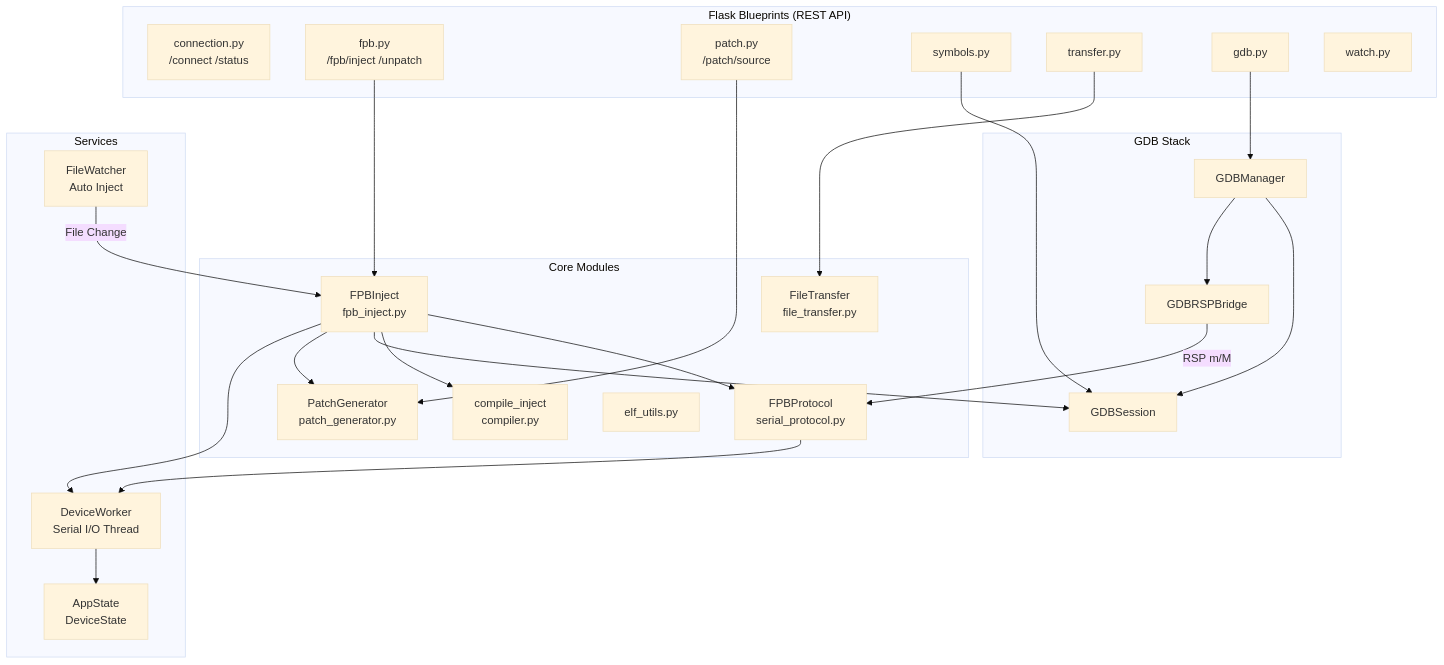
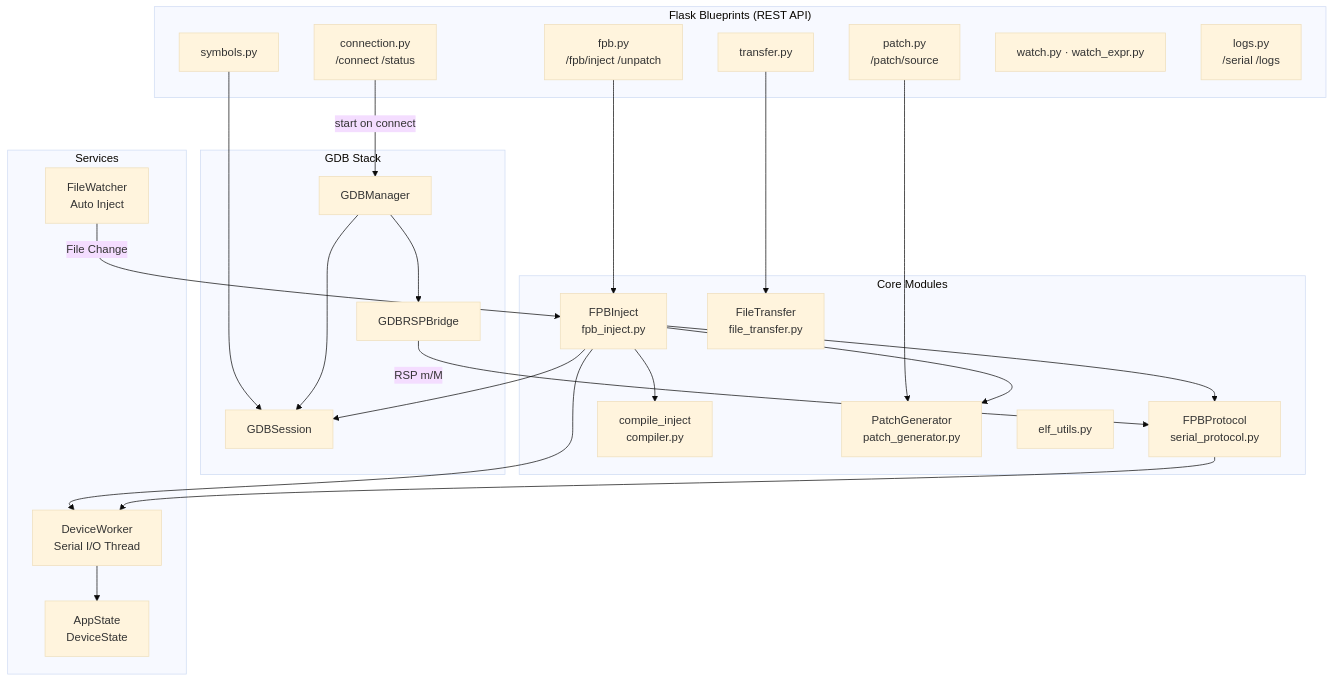
One commit to FASTSHIFT/FPBInject changed the second of 9 diagrams in Docs/Architecture.md. Above: the diagram before and after it, drawn with Mermaid (base theme). The commit also changed other lines of this file and 5 other files, not shown here.

````diff
--- a/Docs/Architecture.md
+++ b/Docs/Architecture.md
@@ -43,52 +43,52 @@
 ```mermaid
 graph TB
     subgraph Routes["Flask Blueprints (REST API)"]
         R_CONN["connection.py<br/>/connect /status"]
         R_FPB["fpb.py<br/>/fpb/inject /unpatch"]
         R_PATCH["patch.py<br/>/patch/source"]
         R_SYM["symbols.py"]
         R_TRANS["transfer.py"]
-        R_GDB["gdb.py"]
-        R_WATCH["watch.py"]
+        R_WATCH["watch.py · watch_expr.py"]
+        R_LOGS["logs.py<br/>/serial /logs"]
     end
 
     subgraph Core["Core Modules"]
         FPI["FPBInject<br/>fpb_inject.py"]
         PROTO["FPBProtocol<br/>serial_protocol.py"]
         COMP["compile_inject<br/>compiler.py"]
         PGEN["PatchGenerator<br/>patch_generator.py"]
         ELF["elf_utils.py"]
         FT["FileTransfer<br/>file_transfer.py"]
     end
 
     subgraph GDBStack["GDB Stack"]
         GM["GDBManager"]
         GS["GDBSession"]
         GB["GDBRSPBridge"]
     end
 
     subgraph Services["Services"]
         DW["DeviceWorker<br/>Serial I/O Thread"]
         FW["FileWatcher<br/>Auto Inject"]
         STATE["AppState<br/>DeviceState"]
     end
 
     R_FPB --> FPI
     R_PATCH --> PGEN
     R_SYM --> GS
     R_TRANS --> FT
-    R_GDB --> GM
+    R_CONN -->|"start on connect"| GM
 
     FPI --> PROTO
     FPI --> COMP
     FPI --> GS
     FPI --> PGEN
     GM --> GS
     GM --> GB
     GB -->|"RSP m/M"| PROTO
 
     FPI --> DW
     PROTO --> DW
     FW -->|"File Change"| FPI
     DW --> STATE
 ```
````
